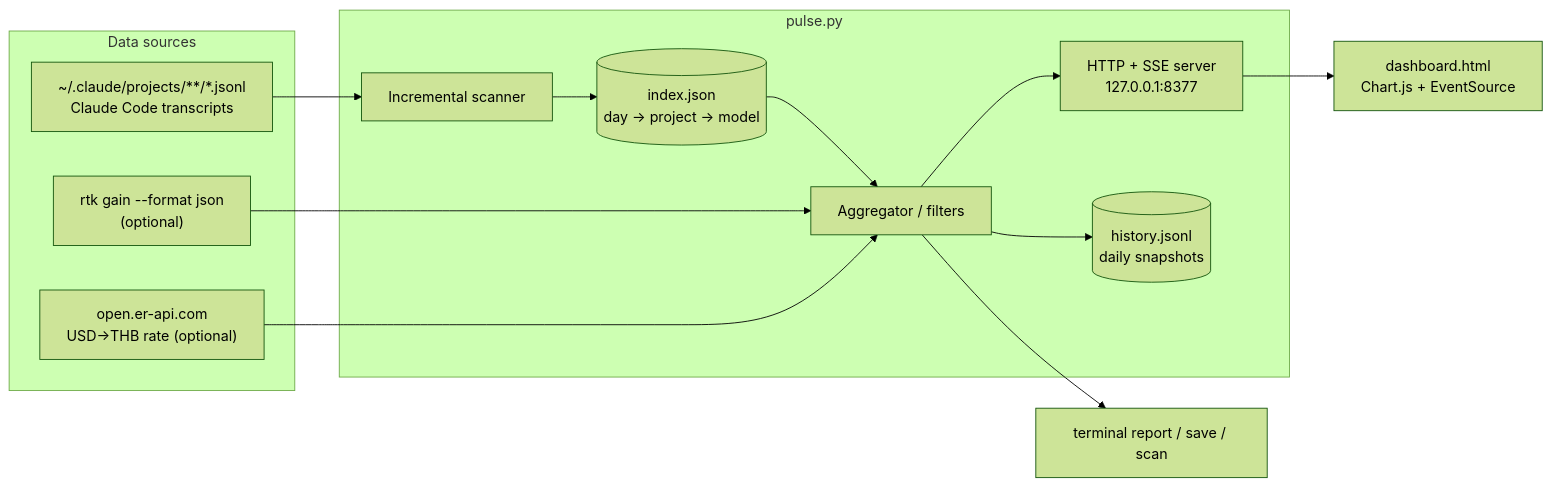
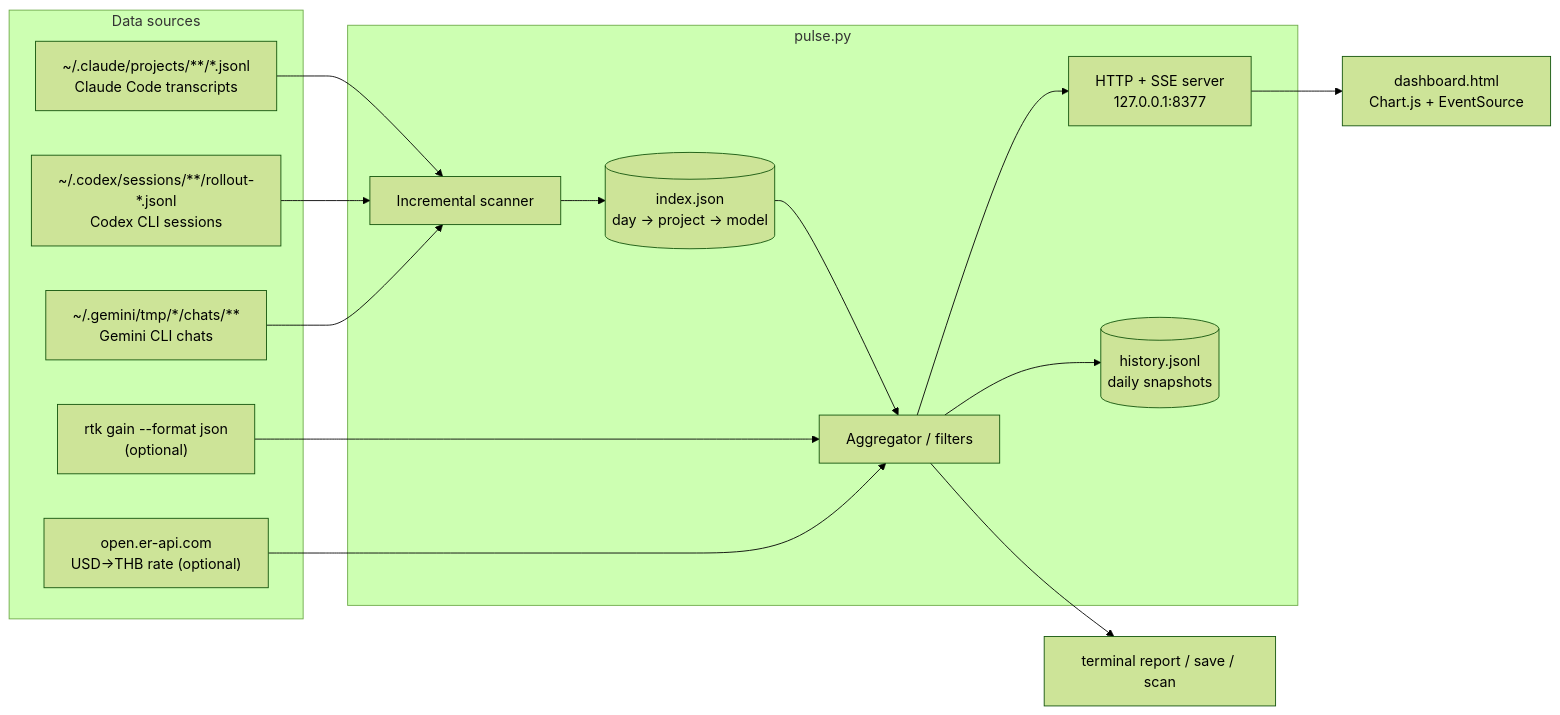
The diagram in docs/ARCHITECTURE.md (supachai-j/ai-tokens-observability), drawn with Mermaid (forest theme) before and after one commit. The commit also changed other lines of this file and 3 other files, not shown here.

First line of the commit message:
Support Codex CLI, Gemini CLI, and other tools

````diff
--- a/docs/ARCHITECTURE.md
+++ b/docs/ARCHITECTURE.md
@@ -10,23 +10,28 @@
 ```mermaid
 flowchart LR
     subgraph sources [Data sources]
         T["~/.claude/projects/**/*.jsonl<br>Claude Code transcripts"]
+        CX["~/.codex/sessions/**/rollout-*.jsonl<br>Codex CLI sessions"]
+        GM["~/.gemini/tmp/*/chats/**<br>Gemini CLI chats"]
         R["rtk gain --format json<br>(optional)"]
         FX["open.er-api.com<br>USD→THB rate (optional)"]
     end
     subgraph pulse [pulse.py]
         SC[Incremental scanner]
         IX[("index.json<br>day → project → model")]
         AG[Aggregator / filters]
         HTTP[HTTP + SSE server<br>127.0.0.1:8377]
         SNAP[("history.jsonl<br>daily snapshots")]
     end
     D[dashboard.html<br>Chart.js + EventSource]
     CLI[terminal report / save / scan]
 
-    T --> SC --> IX --> AG --> HTTP --> D
+    T --> SC
+    CX --> SC
+    GM --> SC
+    SC --> IX --> AG --> HTTP --> D
     R --> AG
     FX --> AG
     AG --> SNAP
     AG --> CLI
 ```
````
